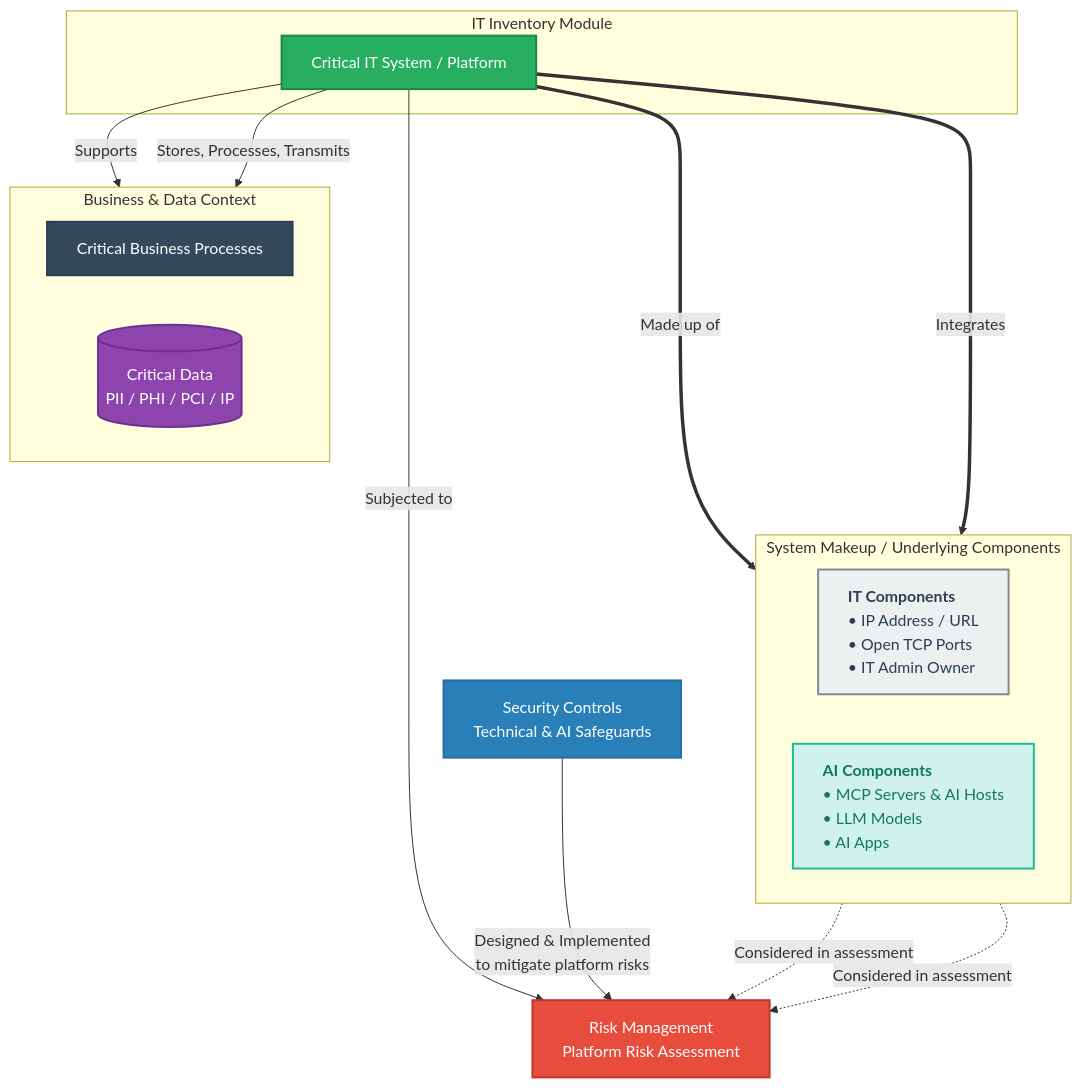
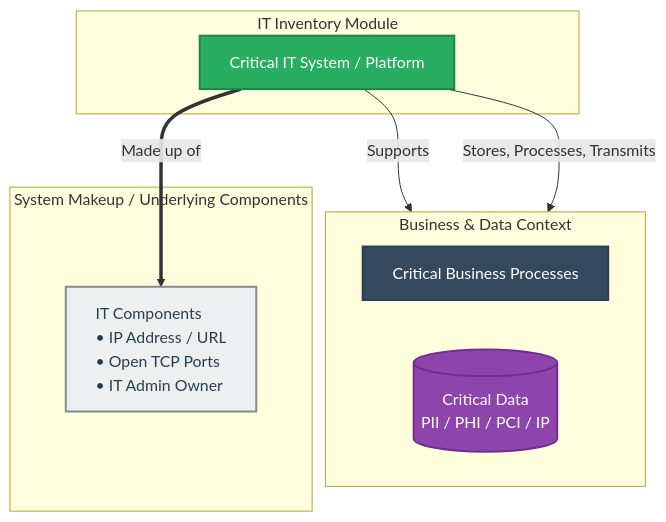
One commit to rodolfo-lopez-GRC/grc4ciso changed the third of 4 diagrams in grc4ciso_readme.md. Above: the diagram before and after it, drawn with Mermaid.

````diff
--- a/grc4ciso_readme.md
+++ b/grc4ciso_readme.md
@@ -146,50 +146,33 @@
 ```mermaid
 flowchart TD
     %% Styling Definitions
     classDef business fill:#34495e,color:#fff,stroke:#2c3e50,stroke-width:2px
     classDef data fill:#8e44ad,color:#fff,stroke:#732d91,stroke-width:2px
     classDef system fill:#27ae60,color:#fff,stroke:#1e8449,stroke-width:2px
     classDef component fill:#ecf0f1,color:#2c3e50,stroke:#7f8c8d,stroke-width:2px,text-align:left
-    classDef aicomponent fill:#d1f2eb,color:#117864,stroke:#1abc9c,stroke-width:2px,text-align:left
-    classDef risk fill:#e74c3c,color:#fff,stroke:#c0392b,stroke-width:2px
     classDef control fill:#2980b9,color:#fff,stroke:#2471a3,stroke-width:2px
 
     %% Business Context Layer
     subgraph Context [Business & Data Context]
         direction LR
         PROC[Critical Business Processes]:::business
-        DATA[(Critical Data <br/> PII / PHI / PCI / IP)]:::data
+        DATA[(Critical Data<br/>PII / PHI / PCI / IP)]:::data
     end
 
     %% Platform Registry Layer
     subgraph Registry [IT Inventory Module]
         ITSYS[Critical IT System / Platform]:::system
     end
 
     %% Technical Components Layer
     subgraph Components [System Makeup / Underlying Components]
-        direction LR
-        ITCOMP["<b>IT Components</b><br/>• IP Address / URL<br/>• Open TCP Ports<br/>• IT Admin Owner"]:::component
-        AICOMP["<b>AI Components</b><br/>• MCP Servers & AI Hosts<br/>• LLM Models<br/>• AI Apps"]:::aicomponent
+        ITCOMP["IT Components<br/>• IP Address / URL<br/>• Open TCP Ports<br/>• IT Admin Owner"]:::component
     end
-
-    %% GRC Governance Layer
-    RM[Risk Management <br/> Platform Risk Assessment]:::risk
-    CTRL[Security Controls <br/> Technical & AI Safeguards]:::control
 
     %% Core Relationships
     ITSYS -->|Supports| PROC
     ITSYS -->|Stores, Processes, Transmits| DATA
 
     %% Component Mapping
-    ITSYS ===>|Made up of| ITCOMP
-    ITSYS ===>|Integrates| AICOMP
-
-    %% Assessment Flow
-    ITSYS -->|Subjected to| RM
-    ITCOMP -.->|Considered in assessment| RM
-    AICOMP -.->|Considered in assessment| RM
-    
-    %% Mitigation
-    CTRL -->|Designed & Implemented <br/> to mitigate platform risks| RM
+    ITSYS ==>|Made up of| ITCOMP
 ```
````
